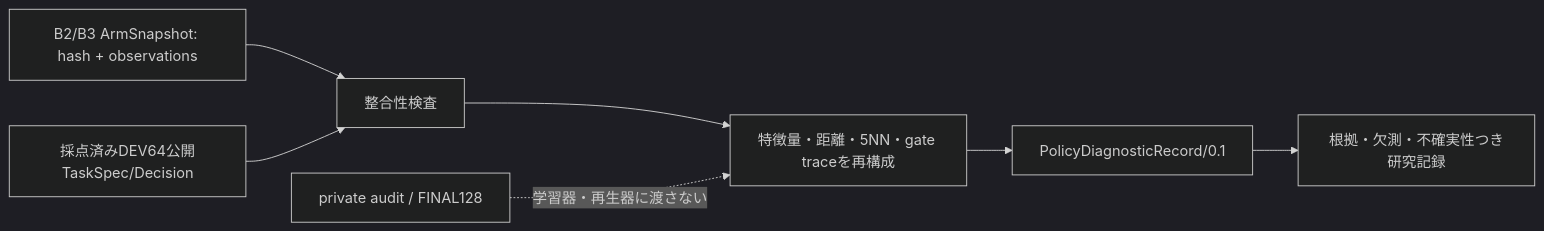
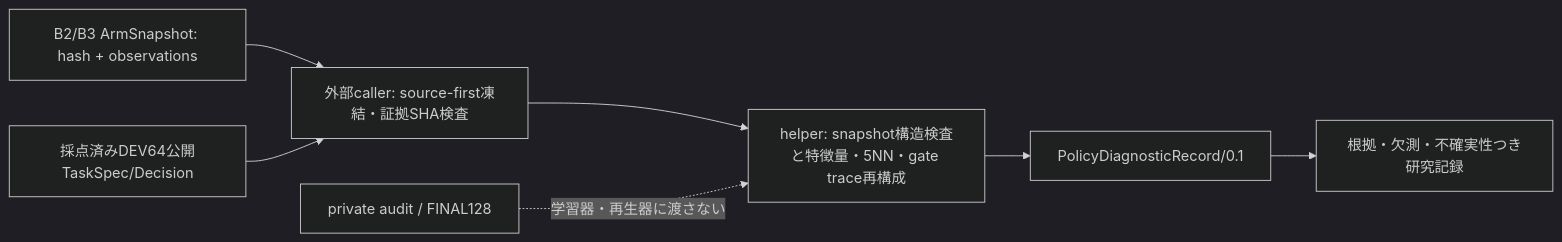
One commit to ryonakayama234/DekaSugi changed diagram 11 of 11 in docs/architecture/contracts.md. Above: the diagram before and after it, drawn with Mermaid (dark theme). The commit also changed other lines of this file and 7 other files, not shown here.

First line of the commit message:
POLICY-DIAG-001 read-only helper and gate tests

````diff
--- a/docs/architecture/contracts.md
+++ b/docs/architecture/contracts.md
@@ -512,9 +512,9 @@
 ```mermaid
 flowchart LR
-  A["B2/B3 ArmSnapshot: hash + observations"] --> V["整合性検査"]
+  A["B2/B3 ArmSnapshot: hash + observations"] --> V["外部caller: source-first凍結・証拠SHA検査"]
   B["採点済みDEV64公開TaskSpec/Decision"] --> V
-  V --> D["特徴量・距離・5NN・gate traceを再構成"]
+  V --> D["helper: snapshot構造検査と特徴量・5NN・gate trace再構成"]
   D --> E["PolicyDiagnosticRecord/0.1"]
   E --> F["根拠・欠測・不確実性つき研究記録"]
   X["private audit / FINAL128"] -.->|"学習器・再生器に渡さない"| D
 ```
````
